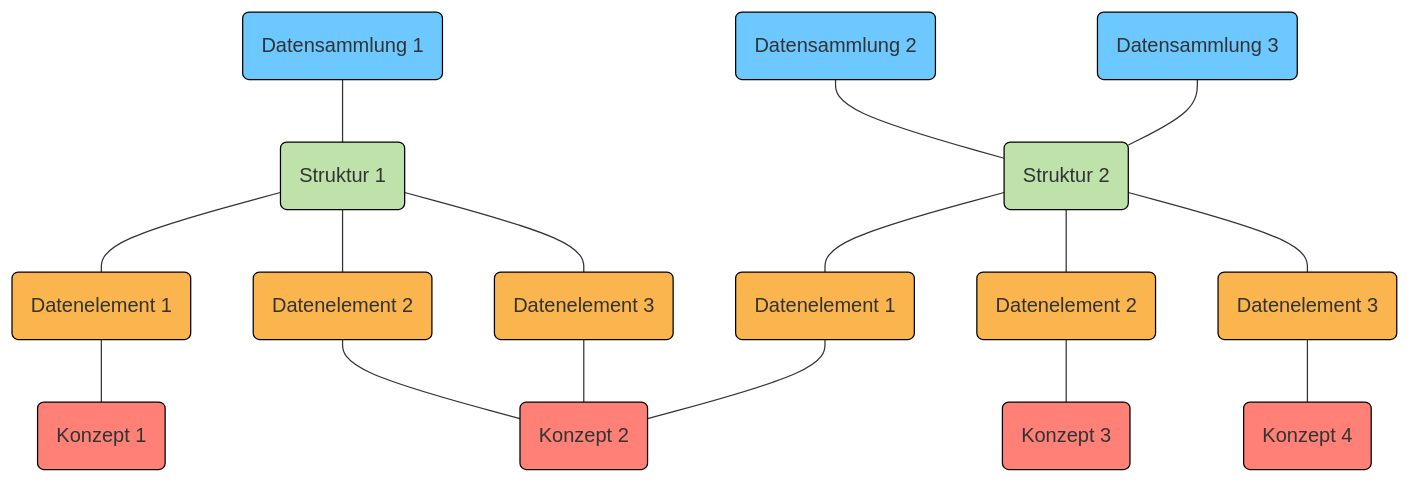
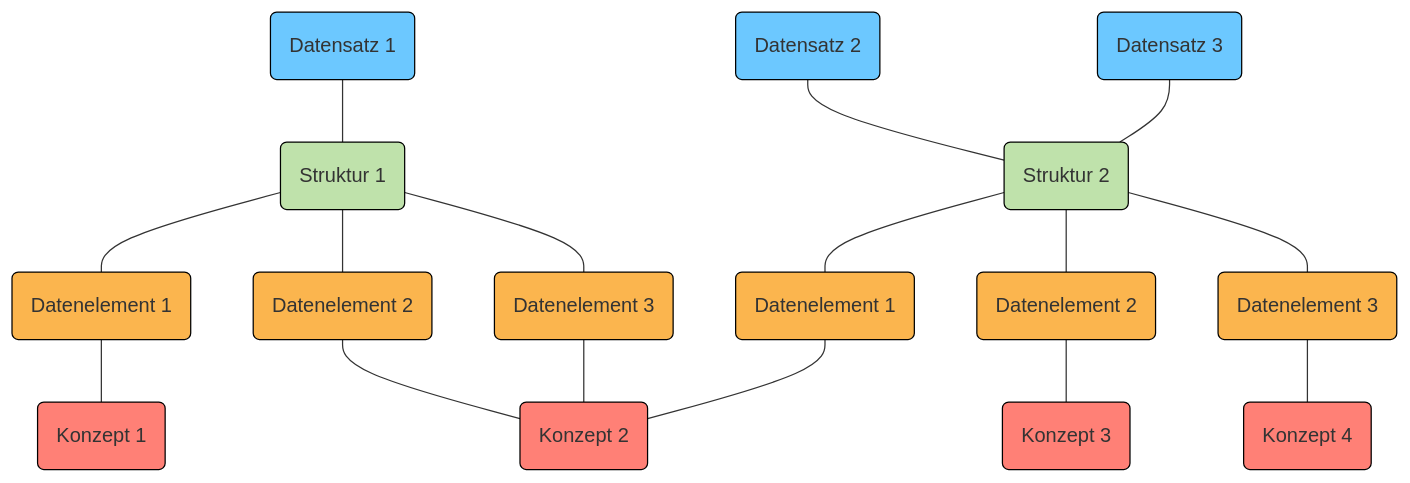
One commit to I14Y-ch/handbook changed the third of 5 diagrams in content/de/gouvernanz/informationsmodell.md. Above: the diagram before and after it, drawn with Mermaid. The commit also changed other lines of this file and 35 other files, not shown here.

Commit message:
Ausdruck Datensammlung durch Datensatz ersetzt.

````diff
--- a/content/de/gouvernanz/informationsmodell.md
+++ b/content/de/gouvernanz/informationsmodell.md
@@ -99,72 +99,72 @@
 ```mermaid
     flowchart TD
-        dataset1(Datensammlung 1)
-        dataset2(Datensammlung 2)
-        dataset3(Datensammlung 3)
+        dataset1(Datensatz 1)
+        dataset2(Datensatz 2)
+        dataset3(Datensatz 3)
         structure1(Struktur 1)
         structure2(Struktur 2)
         dataelement11(Datenelement 1)
         dataelement12(Datenelement 2)
         dataelement13(Datenelement 3)
         dataelement21(Datenelement 1)
         dataelement22(Datenelement 2)
         dataelement23(Datenelement 3)
         concept1(Konzept 1)
         concept2(Konzept 2)
         concept3(Konzept 3)
         concept4(Konzept 4)
 
         dataset1---structure1
         structure1---dataelement11
         structure1---dataelement12
         structure1---dataelement13
 
         dataset2---structure2
         dataset3---structure2
         structure2---dataelement21 
         structure2---dataelement22 
         structure2---dataelement23 
 
         dataelement11---concept1
         dataelement12---concept2
         dataelement13---concept2
         dataelement21---concept2
         dataelement22---concept3
         dataelement23---concept4
 
 
     style dataset1 fill:#6CC8FF
     style dataset1 stroke:black
     style dataset2 fill:#6CC8FF
     style dataset2 stroke:black
     style dataset3 fill:#6CC8FF
     style dataset3 stroke:black
 
     style structure1 fill:#Bfe2ab
     style structure1 stroke:black
     style structure2 fill:#Bfe2ab
     style structure2 stroke:black
 
     style concept1 fill:#Ff8076
     style concept1 stroke:black
     style concept2 fill:#Ff8076
     style concept2 stroke:black
     style concept3 fill:#Ff8076
     style concept3 stroke:black
     style concept4 fill:#Ff8076
     style concept4 stroke:black
 
     style dataelement11 fill:#Fbb54e
     style dataelement11 stroke:black
     style dataelement12 fill:#Fbb54e
     style dataelement12 stroke:black
     style dataelement13 fill:#Fbb54e
     style dataelement13 stroke:black
 
     style dataelement21 fill:#Fbb54e
     style dataelement21 stroke:black
     style dataelement22 fill:#Fbb54e
     style dataelement22 stroke:black
     style dataelement23 fill:#Fbb54e
     style dataelement23 stroke:black
 ```
````
